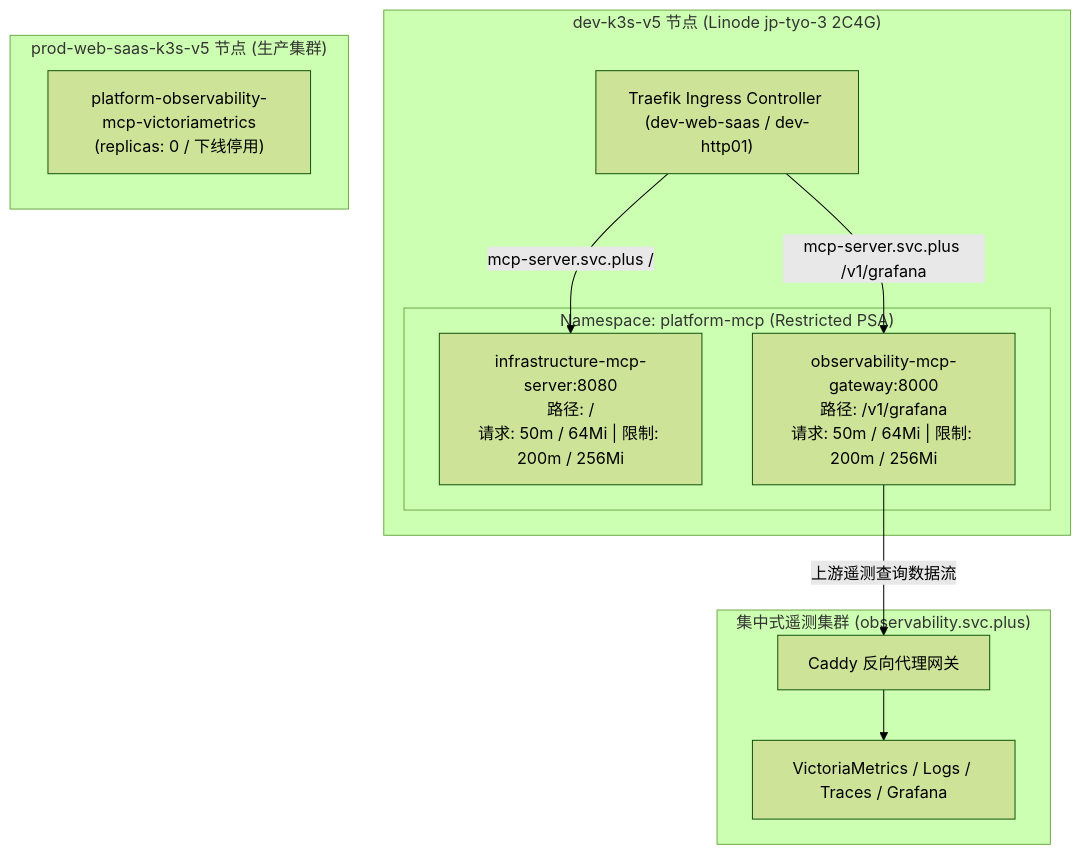
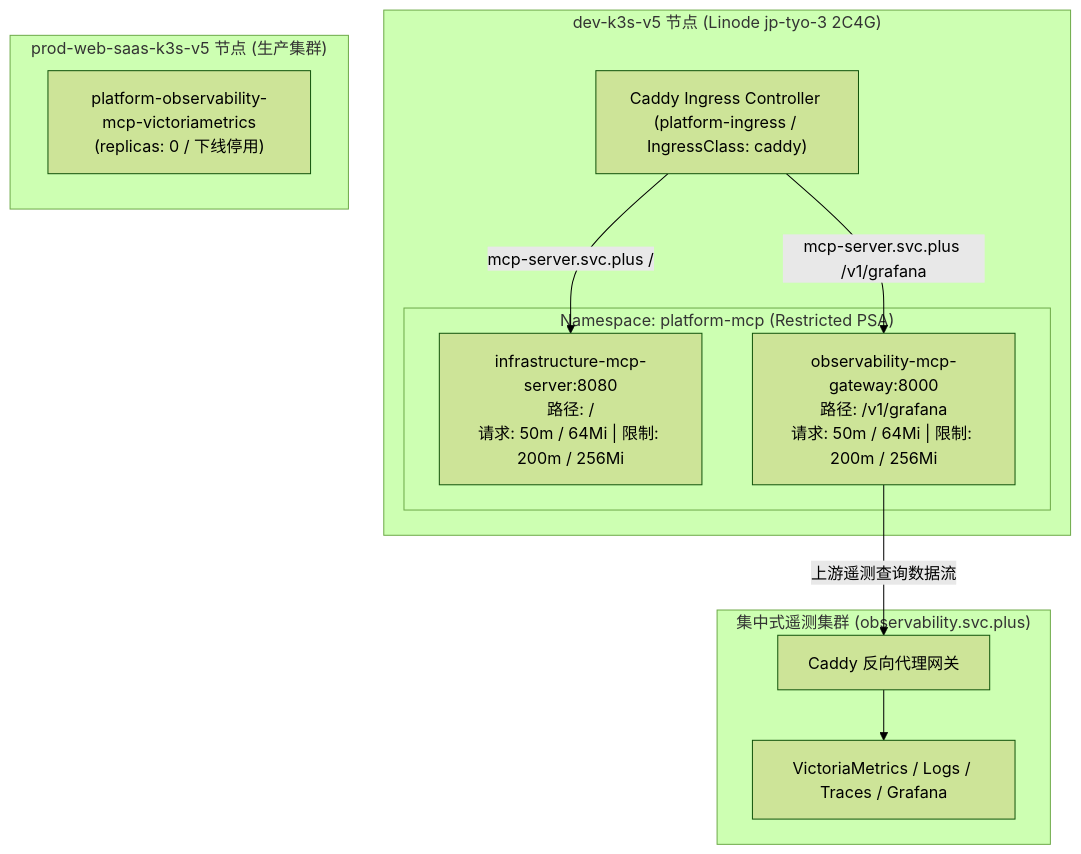
One commit to ai-workspace-services/knowledge changed the fourth of 4 diagrams in docs/reference/infrastructure-mcp-observability-cmdb-qmd-delivery-spec.zh.md. Above: the diagram before and after it, drawn with Mermaid (forest theme). The commit also changed other lines of this file, not shown here.

Commit message:
docs(reference): record caddy ingress controller helmrelease and traefik prohibition standard (#256)

````diff
--- a/docs/reference/infrastructure-mcp-observability-cmdb-qmd-delivery-spec.zh.md
+++ b/docs/reference/infrastructure-mcp-observability-cmdb-qmd-delivery-spec.zh.md
@@ -452,25 +452,25 @@
 ```mermaid
 flowchart TD
     subgraph DevK3s ["dev-k3s-v5 节点 (Linode jp-tyo-3 2C4G)"]
-        Ingress["Traefik Ingress Controller (dev-web-saas / dev-http01)"]
+        Ingress["Caddy Ingress Controller (platform-ingress / IngressClass: caddy)"]
         
         subgraph NS ["Namespace: platform-mcp (Restricted PSA)"]
             InfraMCP["infrastructure-mcp-server:8080<br>路径: /<br>请求: 50m / 64Mi | 限制: 200m / 256Mi"]
             ObsyMCP["observability-mcp-gateway:8000<br>路径: /v1/grafana<br>请求: 50m / 64Mi | 限制: 200m / 256Mi"]
         end
     end
 
     subgraph CentralTelemetry ["集中式遥测集群 (observability.svc.plus)"]
         CaddyProxy["Caddy 反向代理网关"]
         VMCluster["VictoriaMetrics / Logs / Traces / Grafana"]
     end
 
     subgraph ProdK3sV5 ["prod-web-saas-k3s-v5 节点 (生产集群)"]
         RetiredPod["platform-observability-mcp-victoriametrics<br>(replicas: 0 / 下线停用)"]
     end
 
     Ingress -->|mcp-server.svc.plus /| InfraMCP
     Ingress -->|mcp-server.svc.plus /v1/grafana| ObsyMCP
     ObsyMCP -->|上游遥测查询数据流| CaddyProxy
     CaddyProxy --> VMCluster
 ```
````
